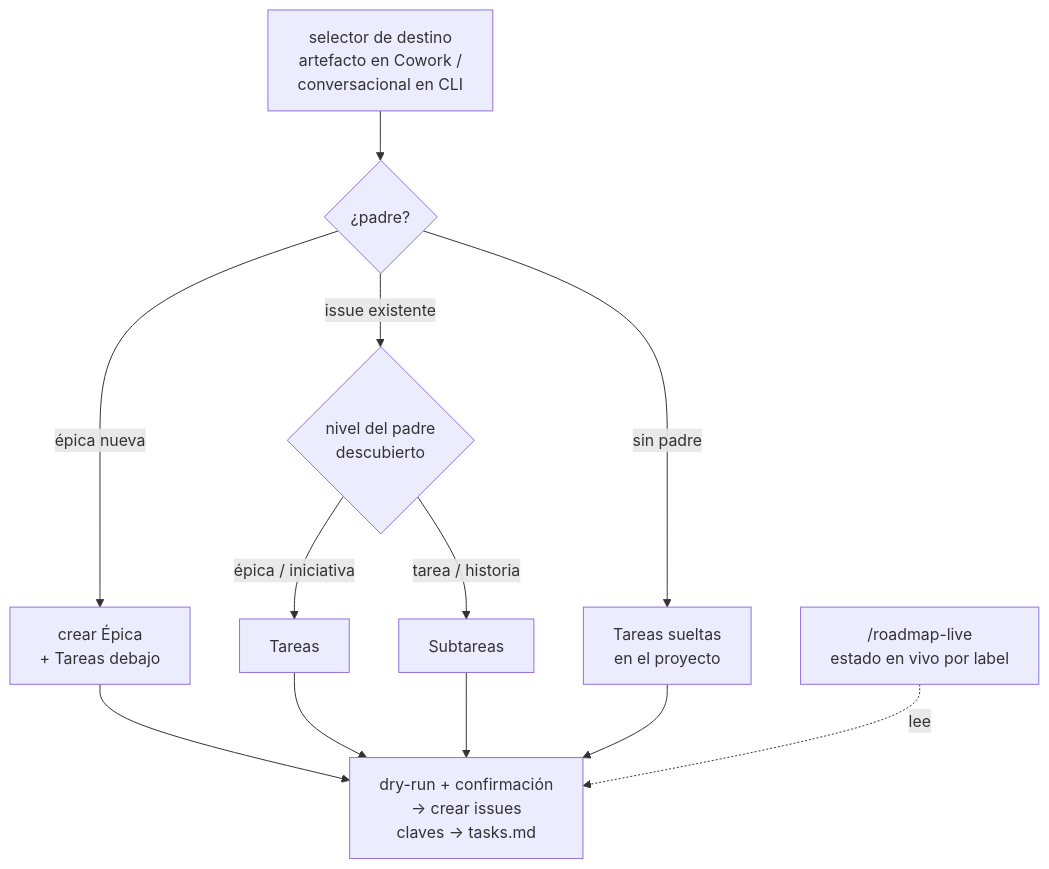
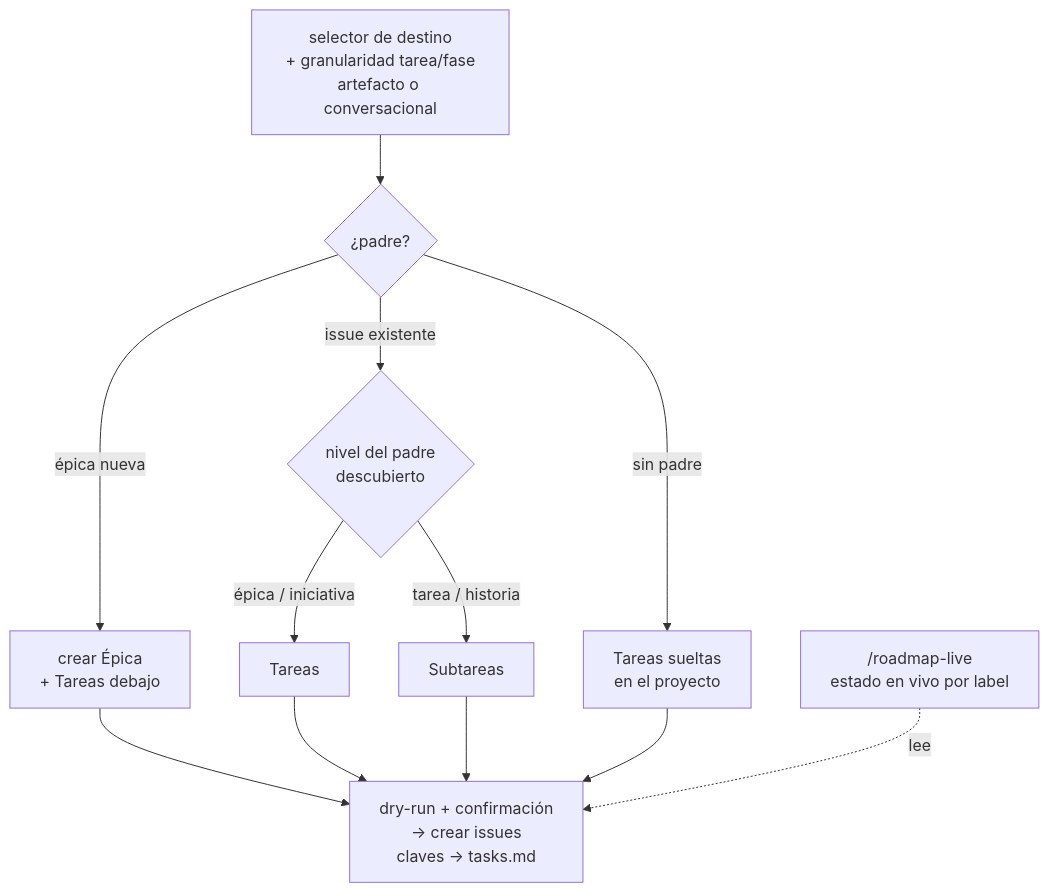
The fifth of 9 diagrams in docs/FLOWS.md (daycry/custom-agents), drawn with Mermaid before and after one commit. The commit also changed other lines of this file and 60 other files, not shown here.

````diff
--- a/docs/FLOWS.md
+++ b/docs/FLOWS.md
@@ -97,14 +103,14 @@
 ```mermaid
 flowchart TD
-    A["selector de destino\nartefacto en Cowork /\nconversacional en CLI"] --> B{"¿padre?"}
+    A["selector de destino\n+ granularidad tarea/fase\nartefacto o conversacional"] --> B{"¿padre?"}
     B -->|épica nueva| C["crear Épica\n+ Tareas debajo"]
     B -->|issue existente| D{"nivel del padre\ndescubierto"}
     B -->|sin padre| E["Tareas sueltas\nen el proyecto"]
     D -->|épica / iniciativa| C2["Tareas"]
     D -->|tarea / historia| C3["Subtareas"]
     C --> F["dry-run + confirmación\n→ crear issues\nclaves → tasks.md"]
     C2 --> F
     C3 --> F
     E --> F
     O["/roadmap-live\nestado en vivo por label"] -.->|lee| F
 ```
````
